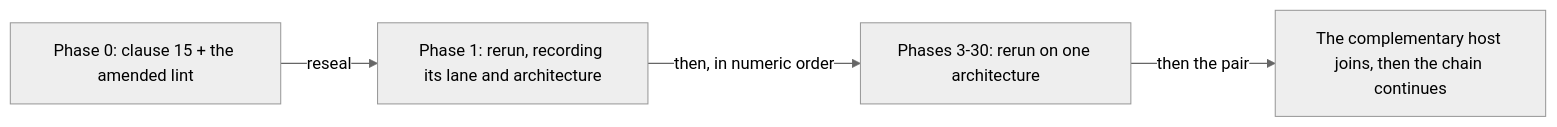
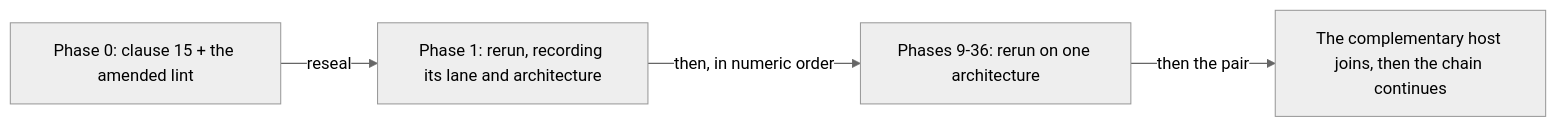
One commit to Tuee22/amoebius changed the diagram in DEVELOPMENT_PLAN/README.md. Above: the diagram before and after it, drawn with Mermaid (neutral theme). The commit also changed other lines of this file and 381 other files, not shown here.

````diff
--- a/DEVELOPMENT_PLAN/README.md
+++ b/DEVELOPMENT_PLAN/README.md
@@ -220,7 +220,7 @@
 ```mermaid
 flowchart LR
   %% register: orientation
   p0["Phase 0: clause 15 + the amended lint"] -->|"reseal"| p1["Phase 1: rerun, recording its lane and architecture"]
-  p1 -->|"then, in numeric order"| live["Phases 3-30: rerun on one architecture"]
+  p1 -->|"then, in numeric order"| live["Phases 9-36: rerun on one architecture"]
   live -->|"then the pair"| pair["The complementary host joins, then the chain continues"]
 ```
````
